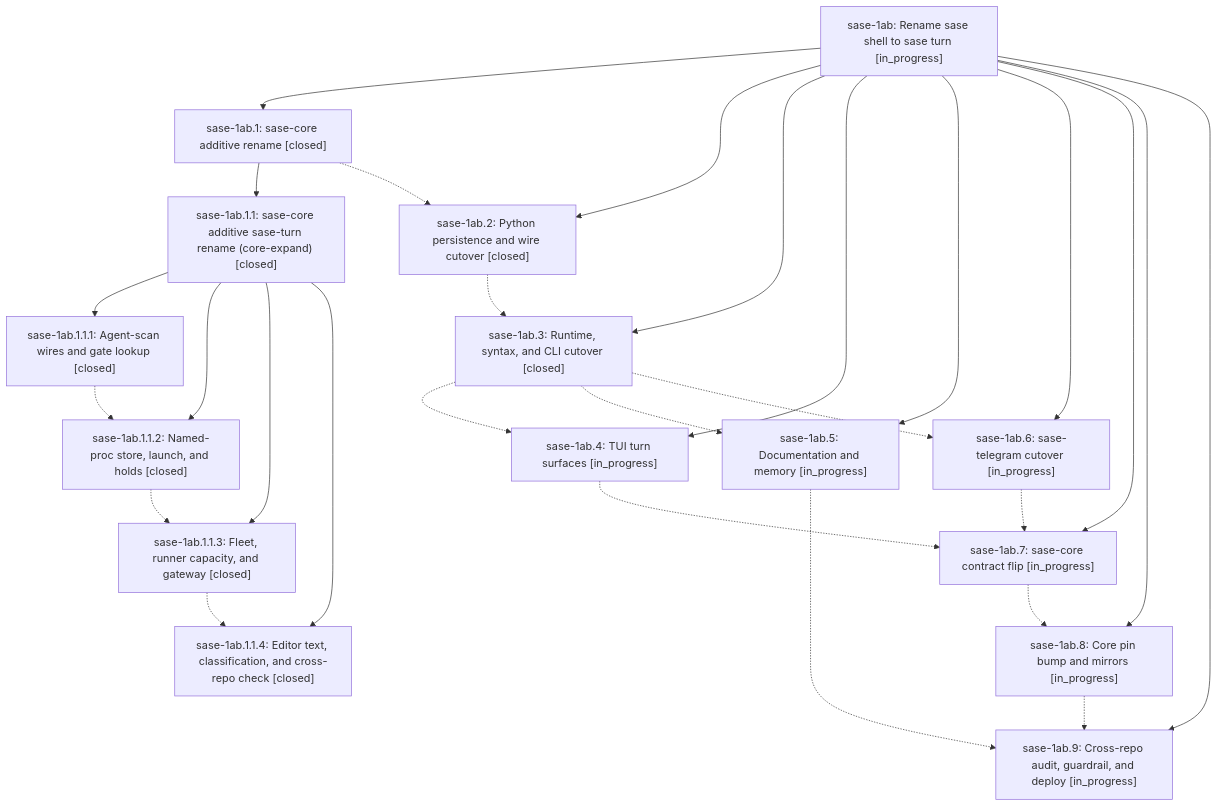
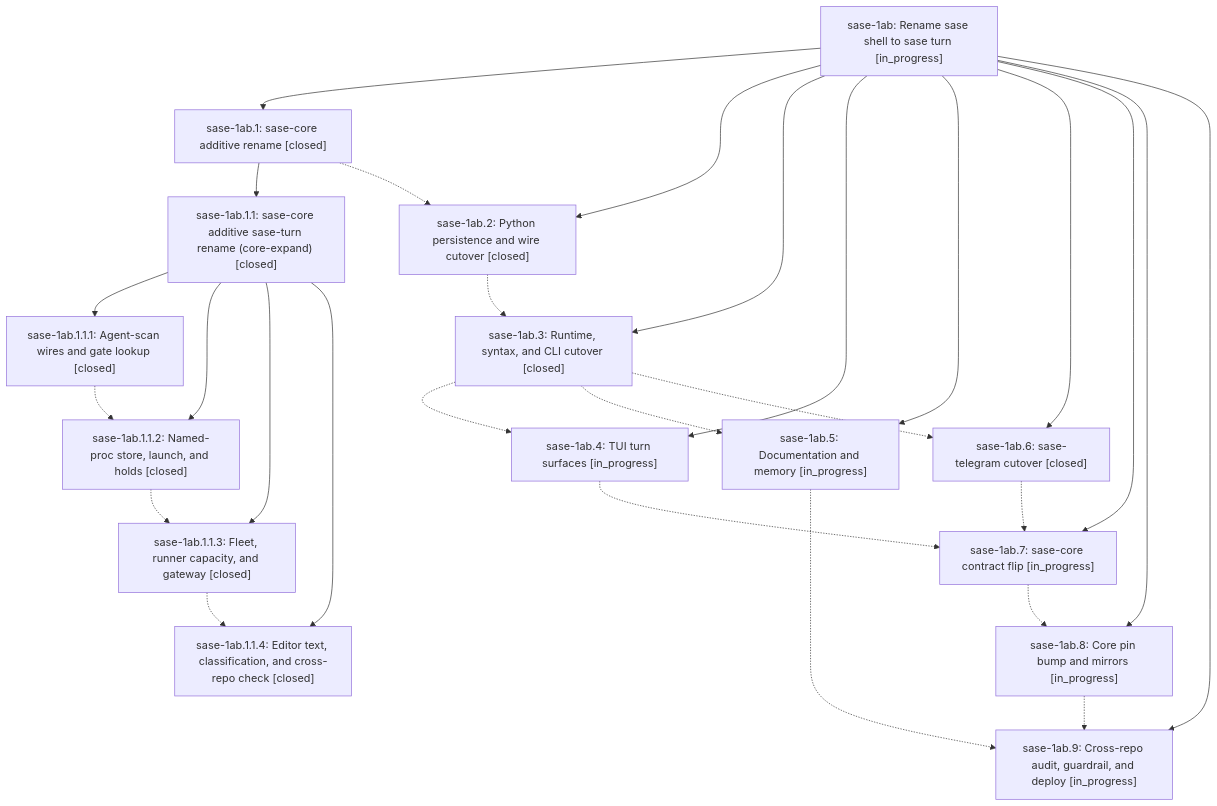
One commit to sase-org/sase--beads changed the diagram in pages/sase-1ab/README.md. Above: the diagram before and after it, drawn with Mermaid. The commit also changed other lines of this file and 4 other files, not shown here.

````diff
--- a/pages/sase-1ab/README.md
+++ b/pages/sase-1ab/README.md
@@ -44,45 +44,45 @@
 ```mermaid
 flowchart TD
     n0["sase-1ab: Rename sase shell to sase turn [in_progress]"]
     n1["sase-1ab.1: sase-core additive rename [closed]"]
     n2["sase-1ab.1.1: sase-core additive sase-turn rename (core-expand) [closed]"]
     n3["sase-1ab.1.1.1: Agent-scan wires and gate lookup [closed]"]
     n4["sase-1ab.1.1.2: Named-proc store, launch, and holds [closed]"]
     n5["sase-1ab.1.1.3: Fleet, runner capacity, and gateway [closed]"]
     n6["sase-1ab.1.1.4: Editor text, classification, and cross-repo check [closed]"]
     n7["sase-1ab.2: Python persistence and wire cutover [closed]"]
     n8["sase-1ab.3: Runtime, syntax, and CLI cutover [closed]"]
     n9["sase-1ab.4: TUI turn surfaces [in_progress]"]
     n10["sase-1ab.5: Documentation and memory [in_progress]"]
-    n11["sase-1ab.6: sase-telegram cutover [in_progress]"]
+    n11["sase-1ab.6: sase-telegram cutover [closed]"]
     n12["sase-1ab.7: sase-core contract flip [in_progress]"]
     n13["sase-1ab.8: Core pin bump and mirrors [in_progress]"]
     n14["sase-1ab.9: Cross-repo audit, guardrail, and deploy [in_progress]"]
     n0 --> n1
     n1 --> n2
     n2 --> n3
     n2 --> n4
     n2 --> n5
     n2 --> n6
     n0 --> n7
     n0 --> n8
     n0 --> n9
     n0 --> n10
     n0 --> n11
     n0 --> n12
     n0 --> n13
     n0 --> n14
     n1 -.-> n7
     n3 -.-> n4
     n4 -.-> n5
     n5 -.-> n6
     n7 -.-> n8
     n8 -.-> n9
     n8 -.-> n10
     n8 -.-> n11
     n9 -.-> n12
     n10 -.-> n14
     n11 -.-> n12
     n12 -.-> n13
     n13 -.-> n14
 ```
````
